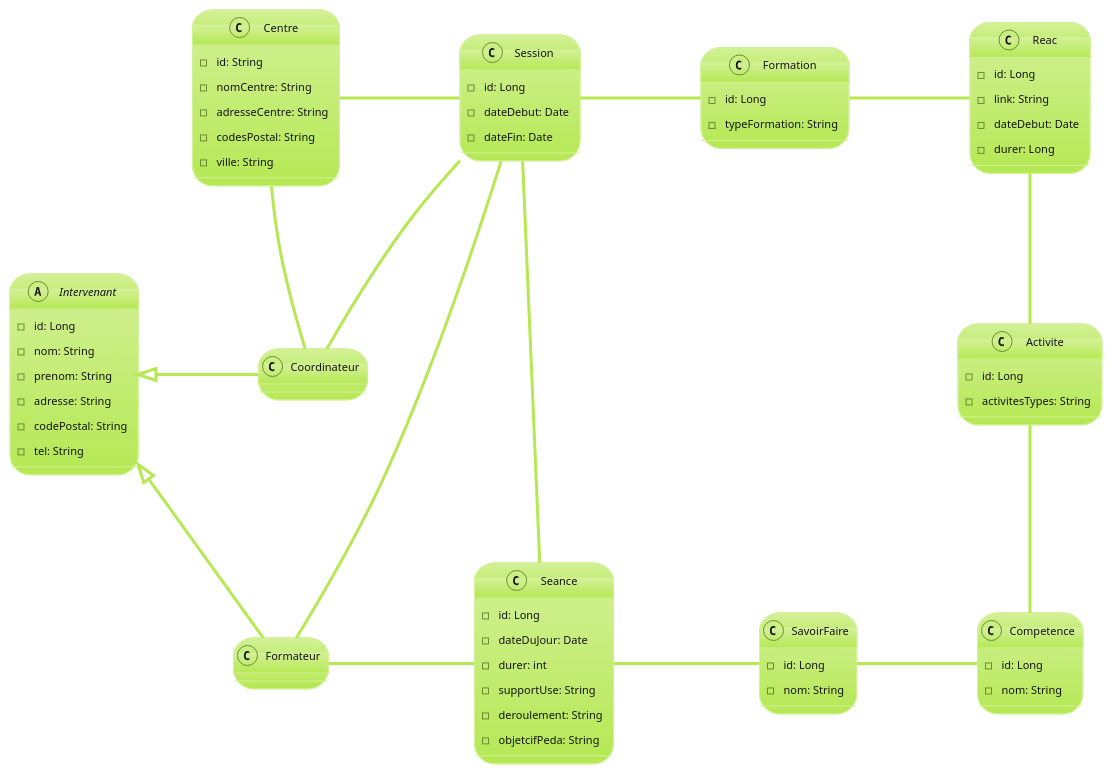
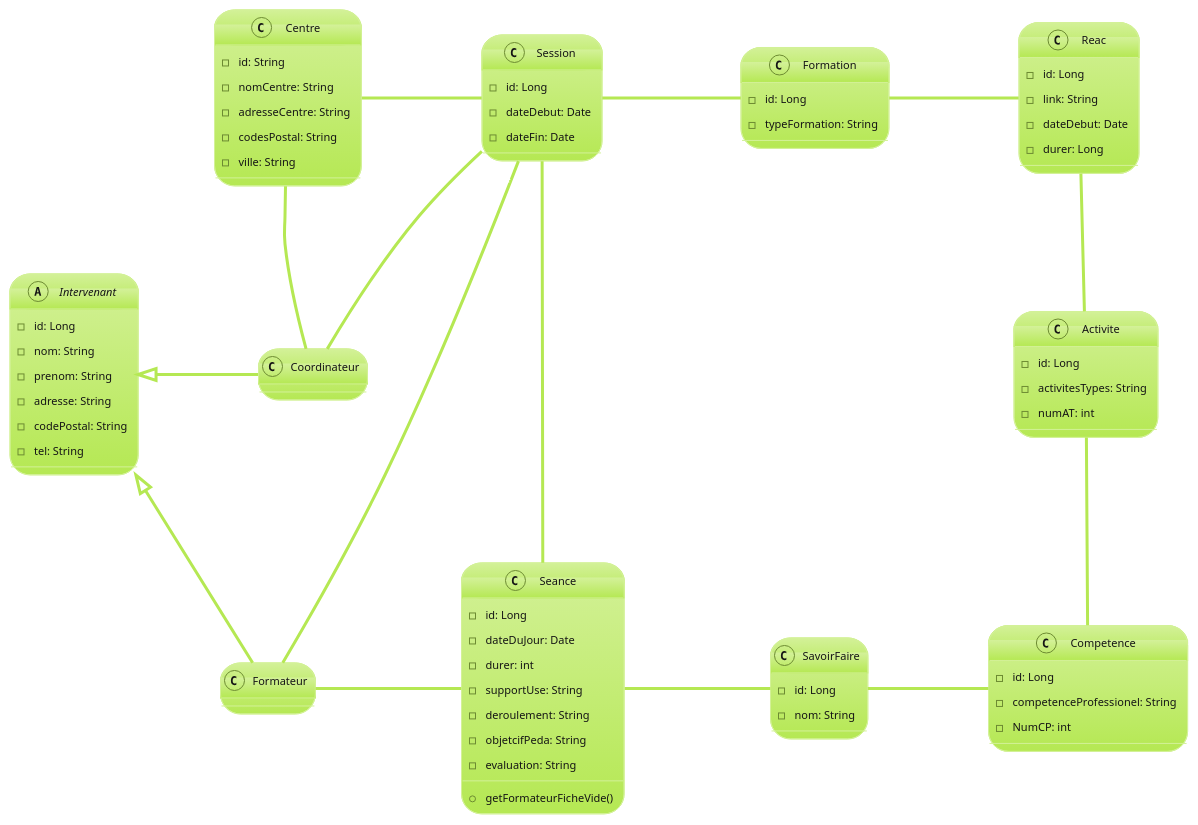
The diagram in doc/puml/ClassDiagram.puml (GreenHawk-99/AppGreta), drawn with PlantUML before and after one commit. The commit also changed 16 other files, not shown here.

```diff
--- a/doc/puml/ClassDiagram.puml
+++ b/doc/puml/ClassDiagram.puml
@@ -1,71 +1,75 @@
 @startuml
 !theme hacker
 
 abstract class Intervenant {
 -id: Long
 -nom: String
 -prenom: String
 -adresse: String
 -codePostal: String
 -tel: String
 }
 class Coordinateur
 class Formateur
 class Seance {
 -id: Long
 -dateDuJour: Date
 -durer: int
 -supportUse: String
 -deroulement: String
 -objetcifPeda: String
+-evaluation: String
++getFormateurFicheVide()
 }
 class Centre {
 -id: String
 -nomCentre: String
 -adresseCentre: String
 -codesPostal: String
 -ville: String
 }
 class Session {
 -id: Long
 -dateDebut: Date
 -dateFin: Date
 }
 class Formation {
 -id: Long
 -typeFormation: String
 }
 class Reac {
 -id: Long
 -link: String
 -dateDebut: Date
 -durer: Long
 }
 class Activite {
 -id: Long
 -activitesTypes: String
+-numAT: int
 }
 class Competence {
 -id: Long
--nom: String
+-competenceProfessionel: String
+-NumCP: int
 }
 class SavoirFaire {
 -id: Long
 -nom: String
 }
 
 Intervenant <|- Coordinateur :"\t\t\t"
 Intervenant <|-- Formateur :"\t\t\t"
 Formateur "1" - "*" Seance :"\t\t\t\t"
 Session "*" - "*" Formateur :"\t"
 Centre "*" -- "*" Coordinateur :"\t\t\t"
 Centre "1" - "*" Session :"\t\t\t"
 Session "*" -- "1" Coordinateur
 Session "1" - "*" Seance :"\t"
 Session "*" - "1" Formation :"\t\t\t"
 Formation "1" - "*" Reac :"\t\t\t"
 Reac "1" -- "*" Activite :"\t\t\t"
 Activite "1" -- "*" Competence :"\t\t\t"
 SavoirFaire "*" - "1" Competence :"\t\t\t"
 Seance "*" - "*" SavoirFaire :"\t\t\t\t"
 @enduml
```
